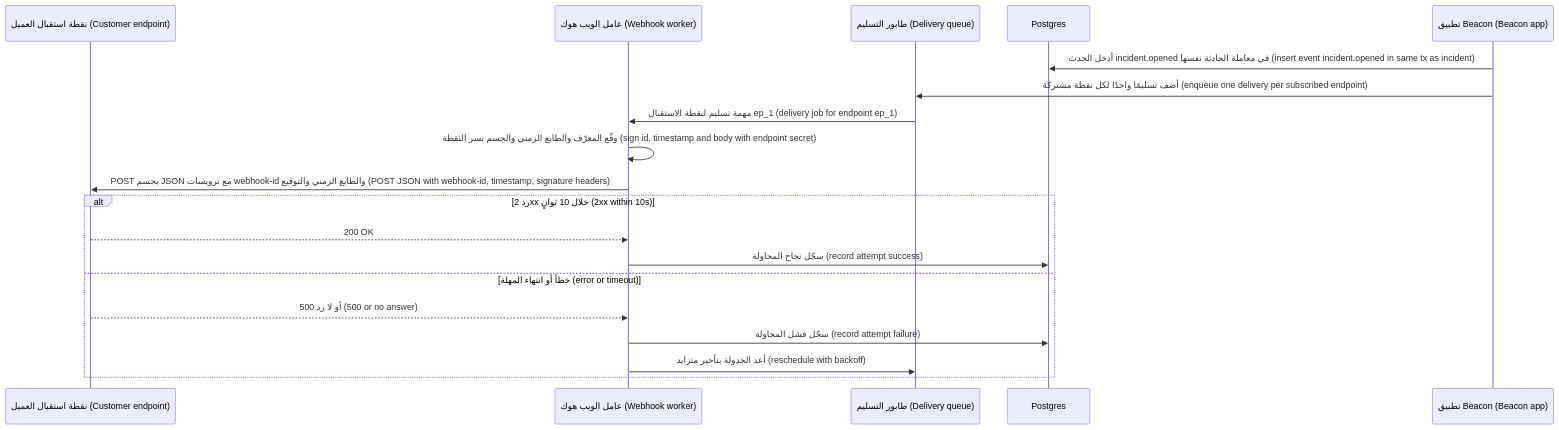
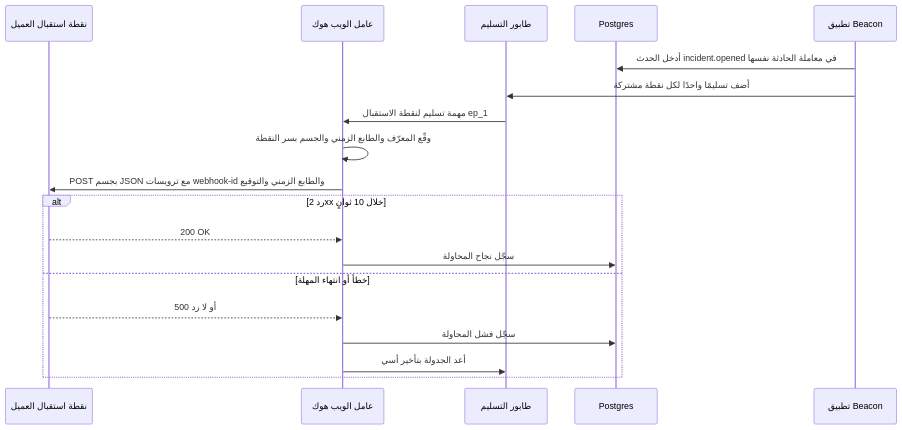
The third of 4 diagrams in saas/modules/05-background-integrations.ar.md (Tamoura/system-design-for-vibe-coders), drawn with Mermaid before and after one commit. The commit also changed other lines of this file and 551 other files, not shown here.

````diff
--- a/saas/modules/05-background-integrations.ar.md
+++ b/saas/modules/05-background-integrations.ar.md
@@ -608,21 +608,21 @@
 ```mermaid
 sequenceDiagram
-    participant C as نقطة استقبال العميل (Customer endpoint)
-    participant W as عامل الويب هوك (Webhook worker)
-    participant Q as طابور التسليم (Delivery queue)
+    participant C as نقطة استقبال العميل
+    participant W as عامل الويب هوك
+    participant Q as طابور التسليم
     participant DB as Postgres
-    participant App as تطبيق Beacon (Beacon app)
-  App->>DB: أدخل الحدث incident.opened في معاملة الحادثة نفسها (insert event incident.opened in same tx as incident)
-  App->>Q: أضف تسليمًا واحدًا لكل نقطة مشتركة (enqueue one delivery per subscribed endpoint)
-  Q->>W: مهمة تسليم لنقطة الاستقبال ep_1 (delivery job for endpoint ep_1)
-  W->>W: وقّع المعرّف والطابع الزمني والجسم بسر النقطة (sign id, timestamp and body with endpoint secret)
-  W->>C: POST بجسم JSON مع ترويسات webhook-id والطابع الزمني والتوقيع (POST JSON with webhook-id, timestamp, signature headers)
-  alt رد 2xx خلال 10 ثوانٍ (2xx within 10s)
+    participant App as تطبيق Beacon
+  App->>DB: أدخل الحدث incident.opened في معاملة الحادثة نفسها
+  App->>Q: أضف تسليمًا واحدًا لكل نقطة مشتركة
+  Q->>W: مهمة تسليم لنقطة الاستقبال ep_1
+  W->>W: وقّع المعرّف والطابع الزمني والجسم بسر النقطة
+  W->>C: POST بجسم JSON مع ترويسات webhook-id والطابع الزمني والتوقيع
+  alt رد 2xx خلال 10 ثوانٍ
     C-->>W: 200 OK
-    W->>DB: سجّل نجاح المحاولة (record attempt success)
-  else خطأ أو انتهاء المهلة (error or timeout)
-    C-->>W: 500 أو لا رد (500 or no answer)
-    W->>DB: سجّل فشل المحاولة (record attempt failure)
-    W->>Q: أعد الجدولة بتأخير متزايد (reschedule with backoff)
+    W->>DB: سجّل نجاح المحاولة
+  else خطأ أو انتهاء المهلة
+    C-->>W: 500 أو لا رد
+    W->>DB: سجّل فشل المحاولة
+    W->>Q: أعد الجدولة بتأخير أسي
   end
 ```
````
